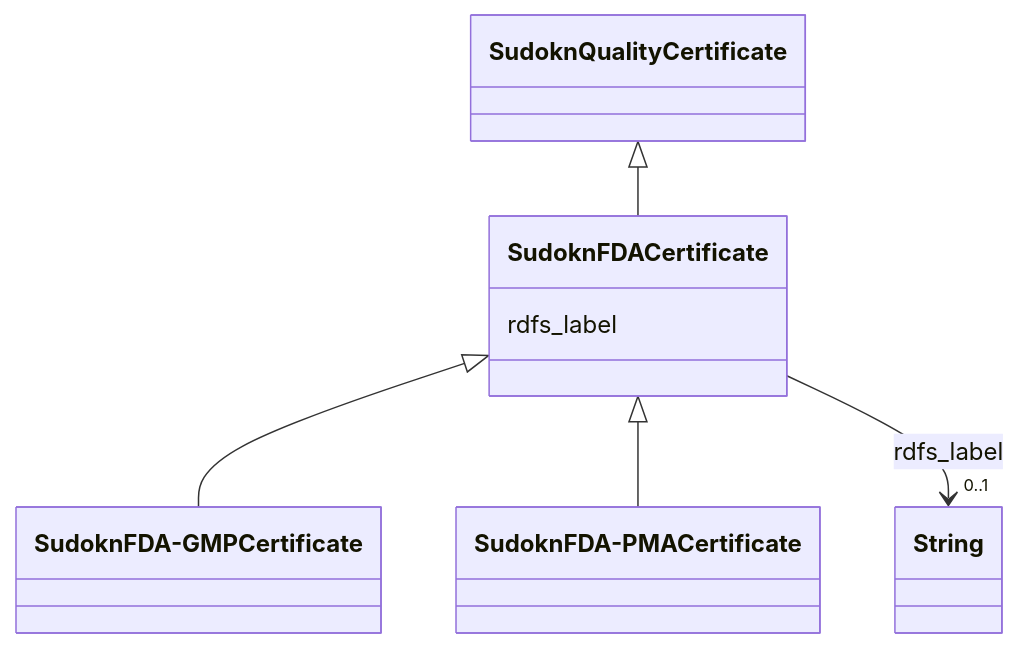
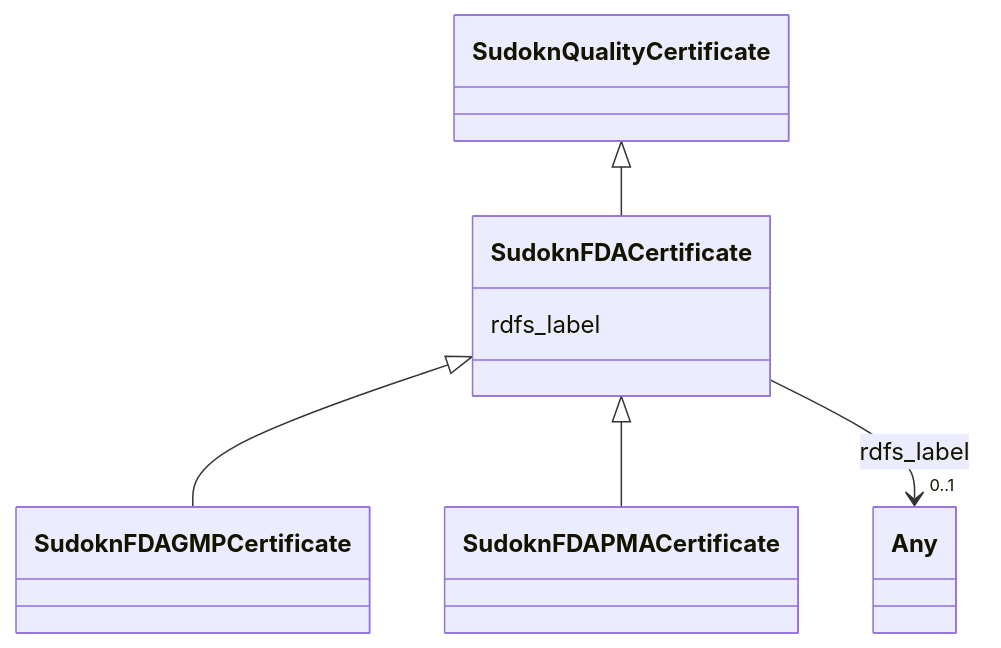
The diagram in sudokn-kg/classes/SudoknFDACertificate.md (frink-okn/graph-descriptions), drawn with Mermaid before and after one commit. The commit also changed other lines of this file and 903 other files, not shown here.

````diff
--- a/sudokn-kg/classes/SudoknFDACertificate.md
+++ b/sudokn-kg/classes/SudoknFDACertificate.md
@@ -23,25 +18,25 @@
 ```mermaid
  classDiagram
     class SudoknFDACertificate
     click SudoknFDACertificate href "../SudoknFDACertificate"
       SudoknQualityCertificate <|-- SudoknFDACertificate
         click SudoknQualityCertificate href "../SudoknQualityCertificate"
       
 
-      SudoknFDACertificate <|-- SudoknFDA-GMPCertificate
-        click SudoknFDA-GMPCertificate href "../SudoknFDA-GMPCertificate"
-      SudoknFDACertificate <|-- SudoknFDA-PMACertificate
-        click SudoknFDA-PMACertificate href "../SudoknFDA-PMACertificate"
+      SudoknFDACertificate <|-- SudoknFDAGMPCertificate
+        click SudoknFDAGMPCertificate href "../SudoknFDAGMPCertificate"
+      SudoknFDACertificate <|-- SudoknFDAPMACertificate
+        click SudoknFDAPMACertificate href "../SudoknFDAPMACertificate"
       
       
       SudoknFDACertificate : rdfs_label
         
           
     
     
-    SudoknFDACertificate --> "0..1" String : rdfs_label
-    click String href "../String"
+    SudoknFDACertificate --> "0..1" Any : rdfs_label
+    click Any href "../Any"
 
         
       
 ```
````
